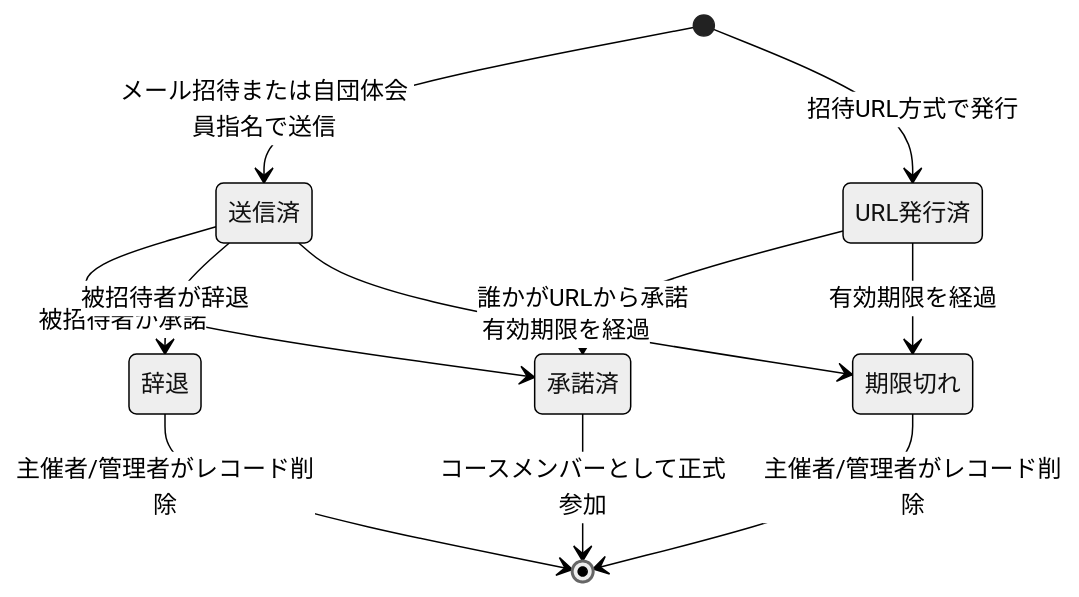
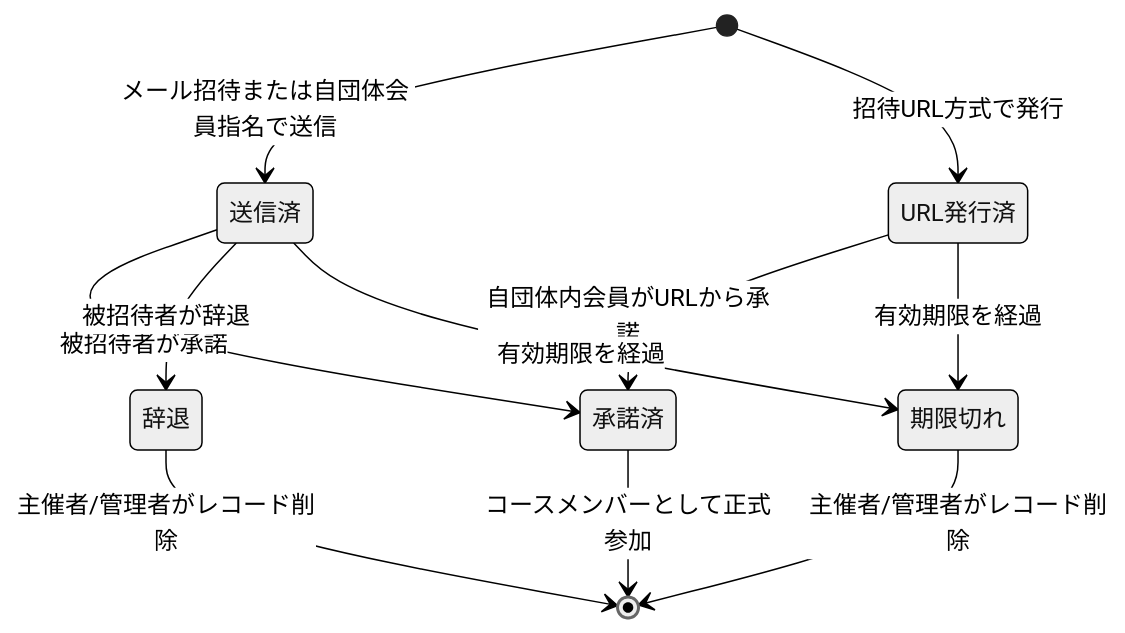
The second of 2 diagrams in choi/招待フロー_コース.md (topicmaker-git/Pages), drawn with Mermaid (neutral theme) before and after one commit. The commit also changed other lines of this file and 2 other files, not shown here.

````diff
--- a/choi/招待フロー_コース.md
+++ b/choi/招待フロー_コース.md
@@ -80,13 +96,13 @@
 ```mermaid
 stateDiagram-v2
     [*] --> 送信済: メール招待または自団体会員指名で送信
     [*] --> URL発行済: 招待URL方式で発行
     送信済 --> 承諾済: 被招待者が承諾
-    URL発行済 --> 承諾済: 誰かがURLから承諾
+    URL発行済 --> 承諾済: 自団体内会員がURLから承諾
     送信済 --> 辞退: 被招待者が辞退
     送信済 --> 期限切れ: 有効期限を経過
     URL発行済 --> 期限切れ: 有効期限を経過
     期限切れ --> [*]: 主催者/管理者がレコード削除
     承諾済 --> [*]: コースメンバーとして正式参加
     辞退 --> [*]: 主催者/管理者がレコード削除
 ```
````
